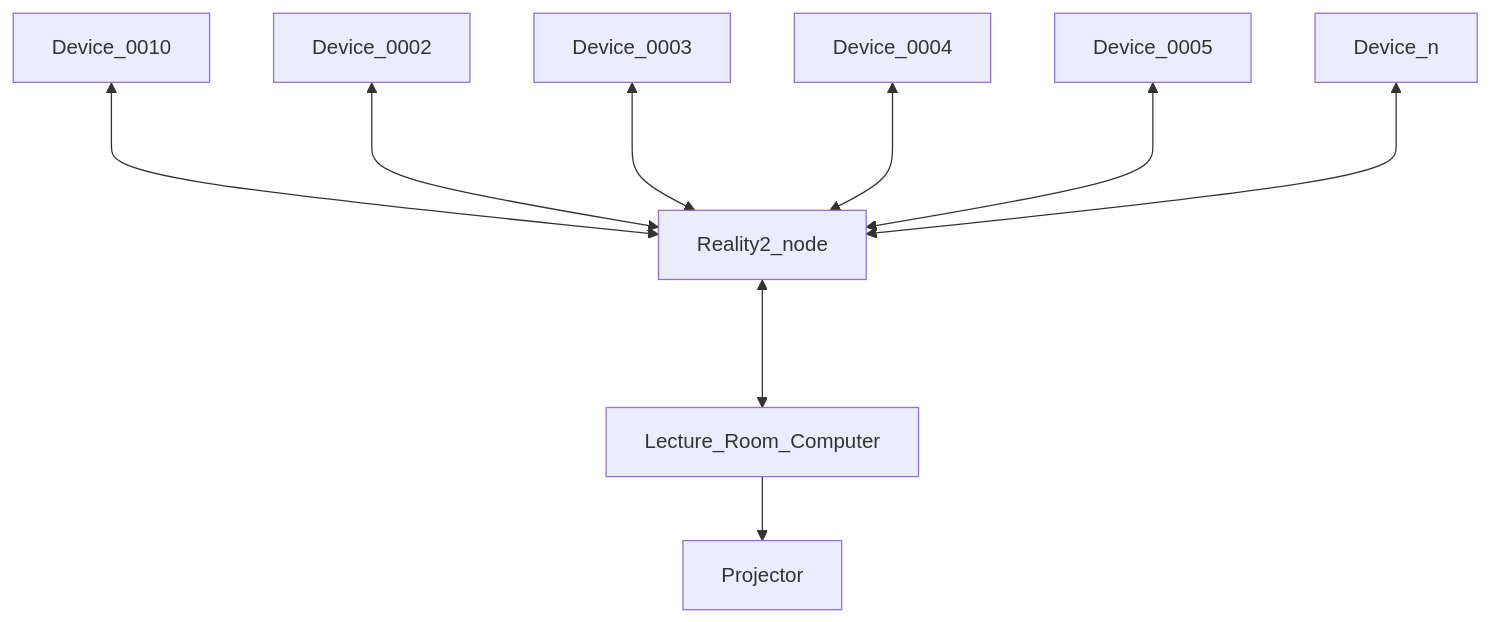
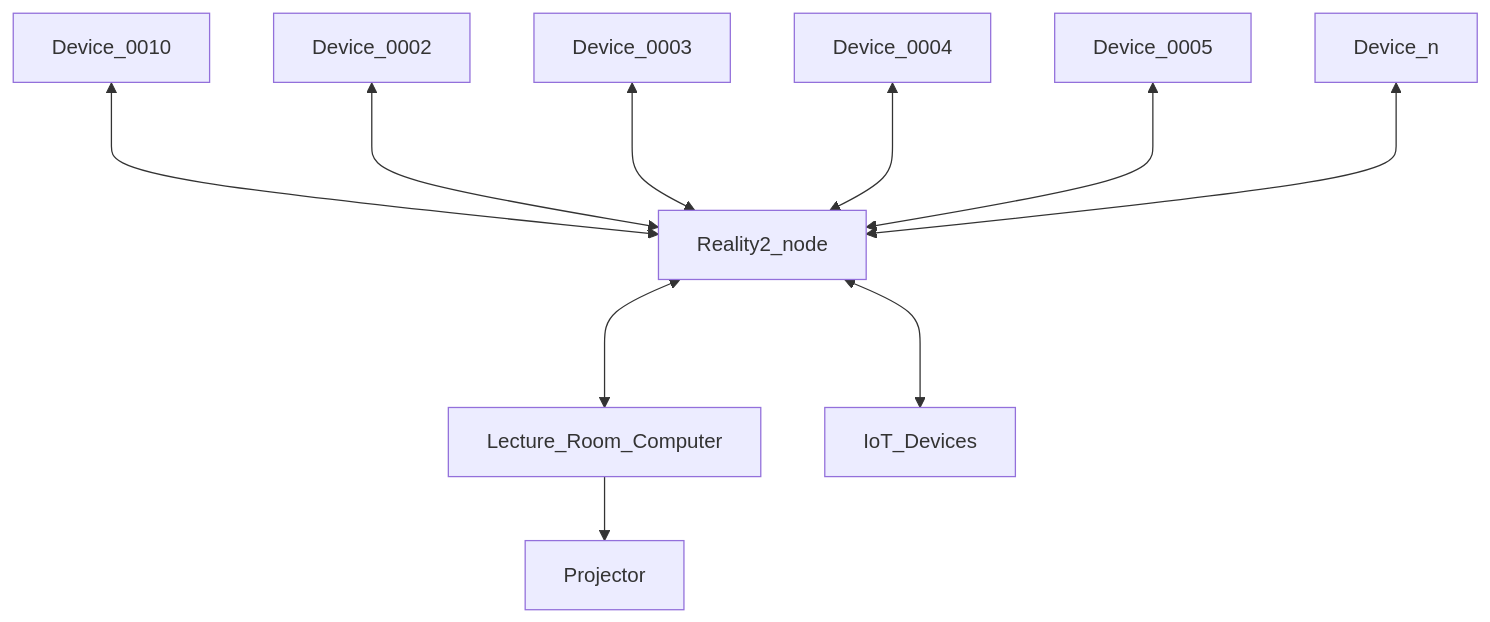
The diagram in docs/instructions/11 WebApp Examples/IoT Demo.md (reality-two/reality2-node-core-elixir), drawn with Mermaid before and after one commit. The commit also changed other lines of this file and 11 other files, not shown here.

````diff
--- a/docs/instructions/11 WebApp Examples/IoT Demo.md
+++ b/docs/instructions/11 WebApp Examples/IoT Demo.md
@@ -13,12 +13,13 @@
    ```mermaid
    flowchart TD
        Device_0010 <---> Reality2_node
        Device_0002 <---> Reality2_node
        Device_0003 <---> Reality2_node
        Device_0004 <---> Reality2_node
        Device_0005 <---> Reality2_node
    
        Device_n <---> Reality2_node
        Reality2_node <---> Lecture_Room_Computer
+       Reality2_node <---> IoT_Devices
        Lecture_Room_Computer --> Projector
    ```
````
